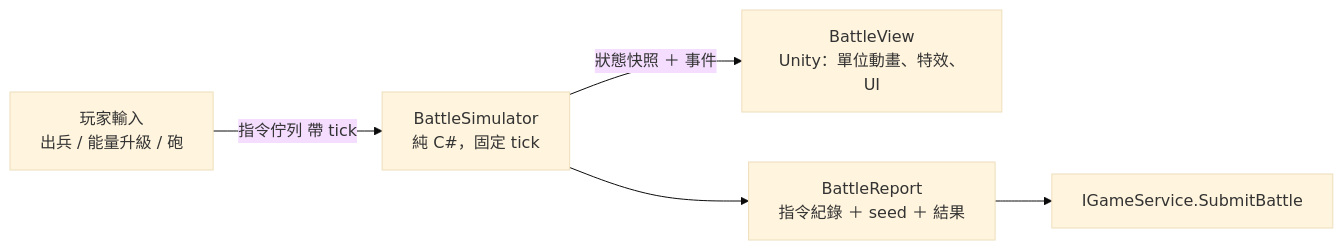
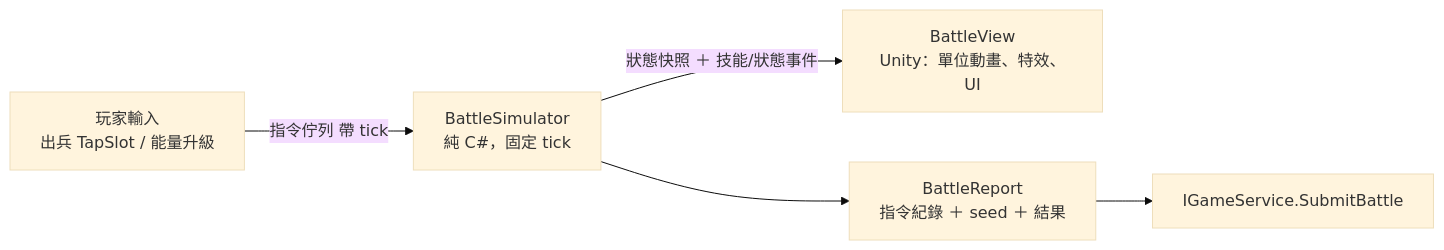
The diagram in design/05_battle.md (typa314/game_dev), drawn with Mermaid (base theme) before and after one commit. The commit also changed other lines of this file and 3893 other files, not shown here.

````diff
--- a/design/05_battle.md
+++ b/design/05_battle.md
@@ -13,7 +33,7 @@
 ```mermaid
 flowchart LR
-  IN[玩家輸入<br/>出兵 / 能量升級 / 砲] -->|指令佇列 帶 tick| SIM[BattleSimulator<br/>純 C#，固定 tick]
-  SIM -->|狀態快照 ＋ 事件| VIEW[BattleView<br/>Unity：單位動畫、特效、UI]
+  IN[玩家輸入<br/>出兵 TapSlot / 能量升級] -->|指令佇列 帶 tick| SIM[BattleSimulator<br/>純 C#，固定 tick]
+  SIM -->|狀態快照 ＋ 技能/狀態事件| VIEW[BattleView<br/>Unity：單位動畫、特效、UI]
   SIM --> REP[BattleReport<br/>指令紀錄 ＋ seed ＋ 結果]
   REP --> GS[IGameService.SubmitBattle]
 ```
````
